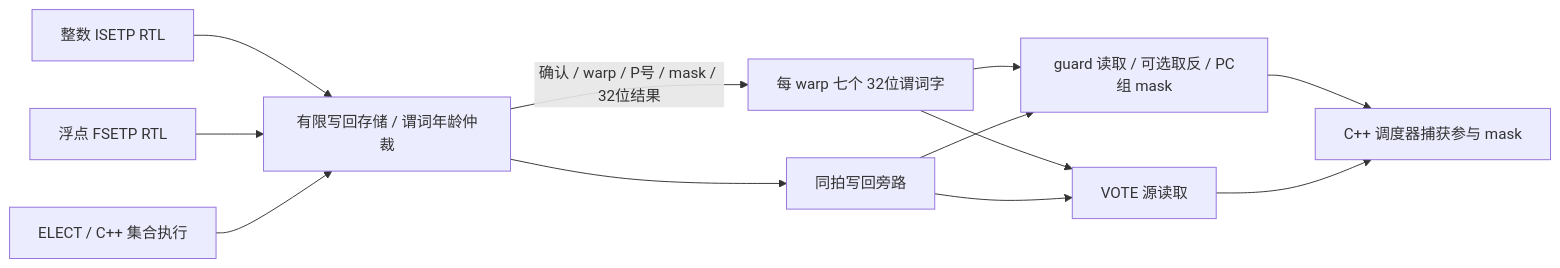
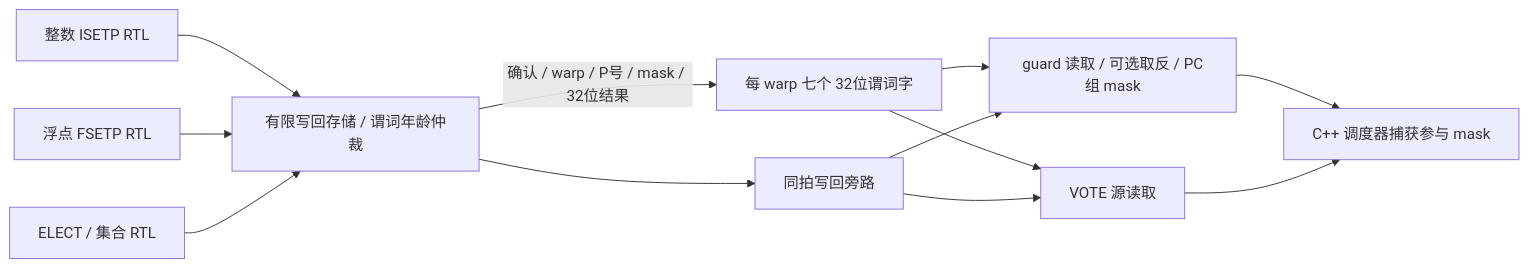
One commit to zdshq/simt-lab changed the diagram in docs/RTL_PREDICATES.md. Above: the diagram before and after it, drawn with Mermaid. The commit also changed other lines of this file and 30 other files, not shown here.

````diff
--- a/docs/RTL_PREDICATES.md
+++ b/docs/RTL_PREDICATES.md
@@ -7,14 +7,14 @@
 ```mermaid
 flowchart LR
     I[整数 ISETP RTL] --> W[有限写回存储 / 谓词年龄仲裁]
     F[浮点 FSETP RTL] --> W
-    E[ELECT / C++ 集合执行] --> W
+    E[ELECT / 集合 RTL] --> W
     W -->|确认 / warp / P号 / mask / 32位结果| P[每 warp 七个 32位谓词字]
     P --> G[guard 读取 / 可选取反 / PC组 mask]
     P --> V[VOTE 源读取]
     W --> B[同拍写回旁路]
     B --> G
     B --> V
     G --> Q[C++ 调度器捕获参与 mask]
     V --> Q
 ```
````
